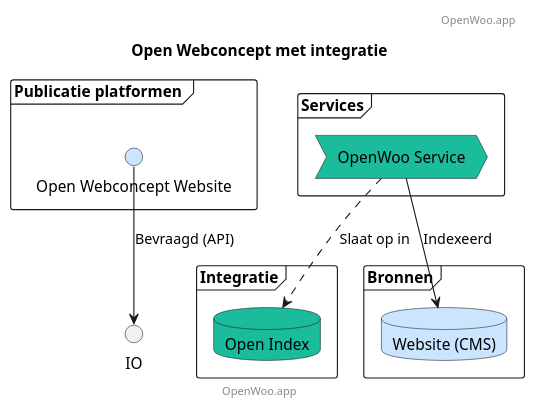
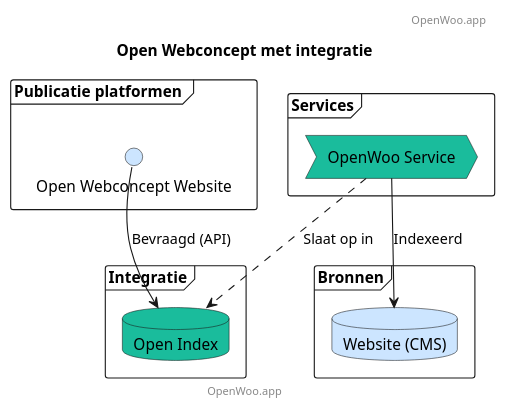
One commit to ConductionNL/woo-website-template changed the diagram in docs/OpenWebConceptMet.puml. Above: the diagram before and after it, drawn with PlantUML. The commit also changed 5 other files, not shown here.

```diff
--- a/docs/OpenWebConceptMet.puml
+++ b/docs/OpenWebConceptMet.puml
@@ -1,31 +1,31 @@
 @startuml
 title Open Webconcept met integratie
 footer: OpenWoo.app
 header: OpenWoo.app
 
 ' Publicatie platformen (Laag 5 UI)
 frame "Publicatie platformen " {
     interface "Open Webconcept Website" as Website #cce5ff
 }
 
 ' Services(Laag 4)
 frame "Services" {
     process "OpenWoo Service"  as OWS #1abc9c
 }
 
 ' Integratie (Laag 3)
 frame "Integratie" {
     database "Open Index"  as OI #1abc9c
 }
 
 ' Bronnen (Laag 2)
 frame "Bronnen" {
     database "Website (CMS)" as CMS #cce5ff
 }
 
 OWS -down-> CMS: Indexeerd
 OWS ..> OI: Slaat op in
 
-Website -down-> IO : Bevraagd (API)
+Website -down-> OI : Bevraagd (API)
 
 @enduml
```
